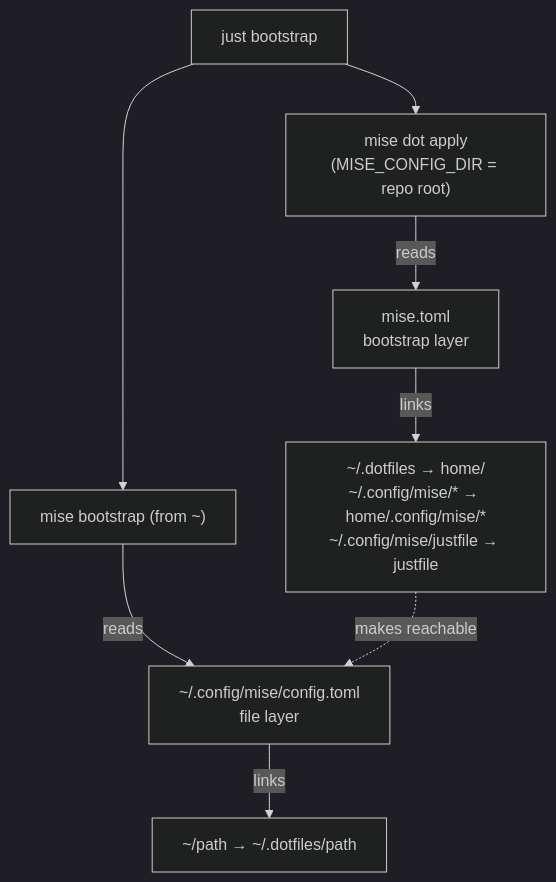
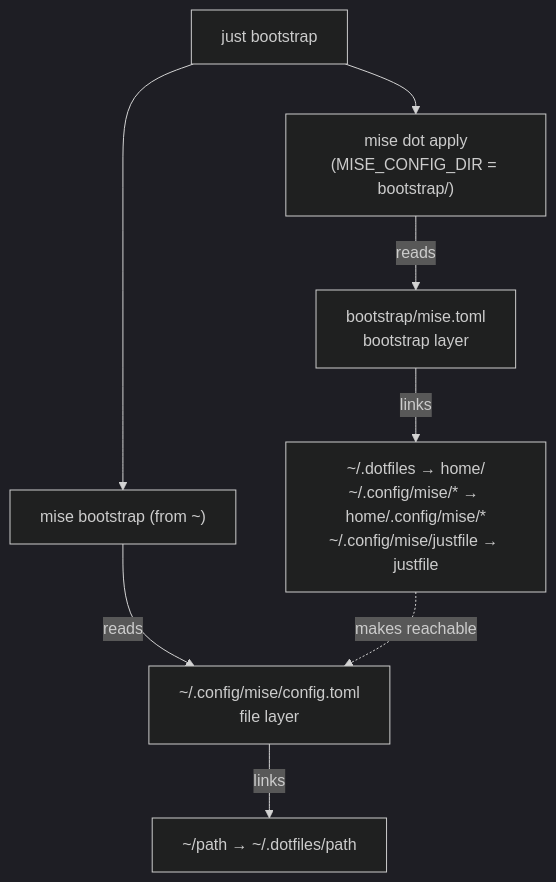
One commit to fresh2dev/dotfiles changed the diagram in README.md. Above: the diagram before and after it, drawn with Mermaid (dark theme). The commit also changed other lines of this file and 5 other files, not shown here.

First line of the commit message:
refactor: move bootstrap layer into bootstrap/

````diff
--- a/README.md
+++ b/README.md
@@ -68,10 +72,10 @@
 ```mermaid
 flowchart TB
-    bootstrap["just bootstrap"] --> dot["mise dot apply<br/>(MISE_CONFIG_DIR = repo root)"]
+    bootstrap["just bootstrap"] --> dot["mise dot apply<br/>(MISE_CONFIG_DIR = bootstrap/)"]
     bootstrap --> apply["mise bootstrap (from ~)"]
-    dot -->|reads| layer1["mise.toml<br/>bootstrap layer"]
+    dot -->|reads| layer1["bootstrap/mise.toml<br/>bootstrap layer"]
     apply -->|reads| layer2["~/.config/mise/config.toml<br/>file layer"]
     layer1 -->|links| links1["~/.dotfiles → home/<br/>~/.config/mise/* → home/.config/mise/*<br/>~/.config/mise/justfile → justfile"]
     links1 -.->|makes reachable| layer2
     layer2 -->|links| links2["~/path → ~/.dotfiles/path"]
 ```
````
